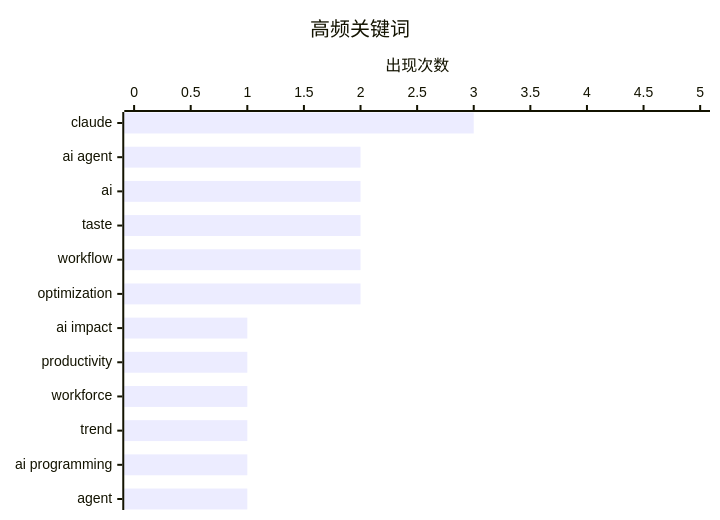
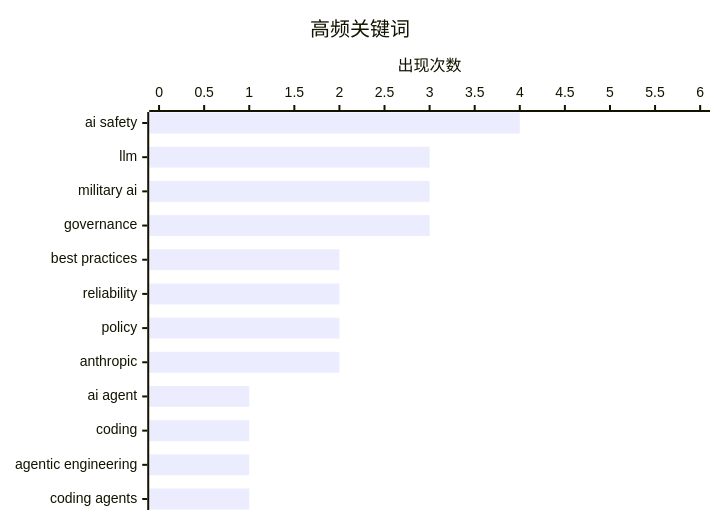
Before and after one commit to MirrMeur/ai-daily-digest: the second of 2 diagrams in digests/digest-20260227.md, drawn with Mermaid. The commit also changed other lines of this file, not shown here.

````diff
--- a/digests/digest-20260227.md
+++ b/digests/digest-20260227.md
@@ -85,7 +83,7 @@
 ```mermaid
 xychart-beta horizontal
     title "高频关键词"
-    x-axis ["claude", "ai agent", "ai", "taste", "workflow", "optimization", "ai impact", "productivity", "workforce", "trend", "ai programming", "agent"]
-    y-axis "出现次数" 0 --> 5
-    bar [3, 2, 2, 2, 2, 2, 1, 1, 1, 1, 1, 1]
+    x-axis ["ai safety", "llm", "military ai", "governance", "best practices", "reliability", "policy", "anthropic", "ai agent", "coding", "agentic engineering", "coding agents"]
+    y-axis "出现次数" 0 --> 6
+    bar [4, 3, 3, 3, 2, 2, 2, 2, 1, 1, 1, 1]
 ```
````
